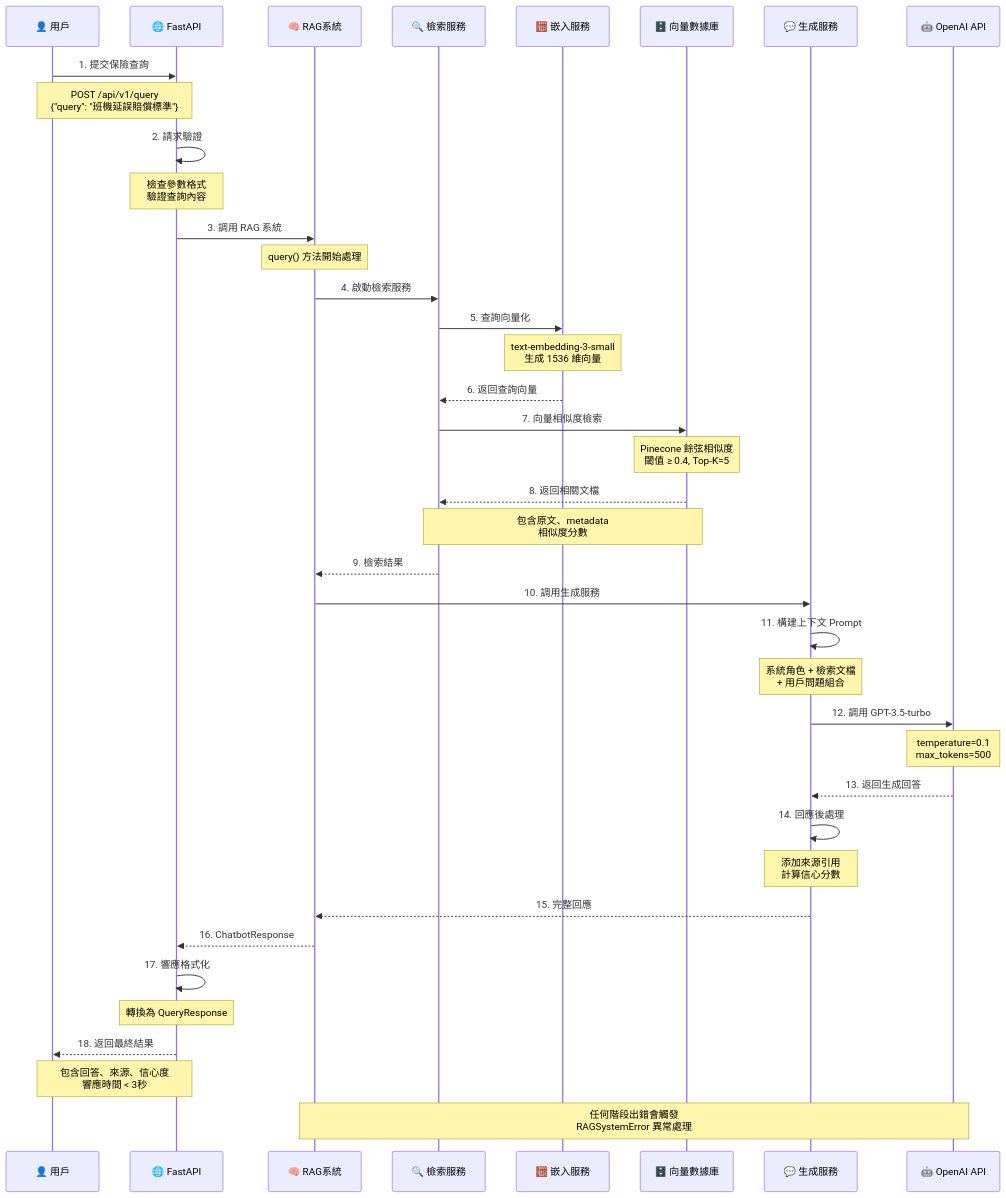
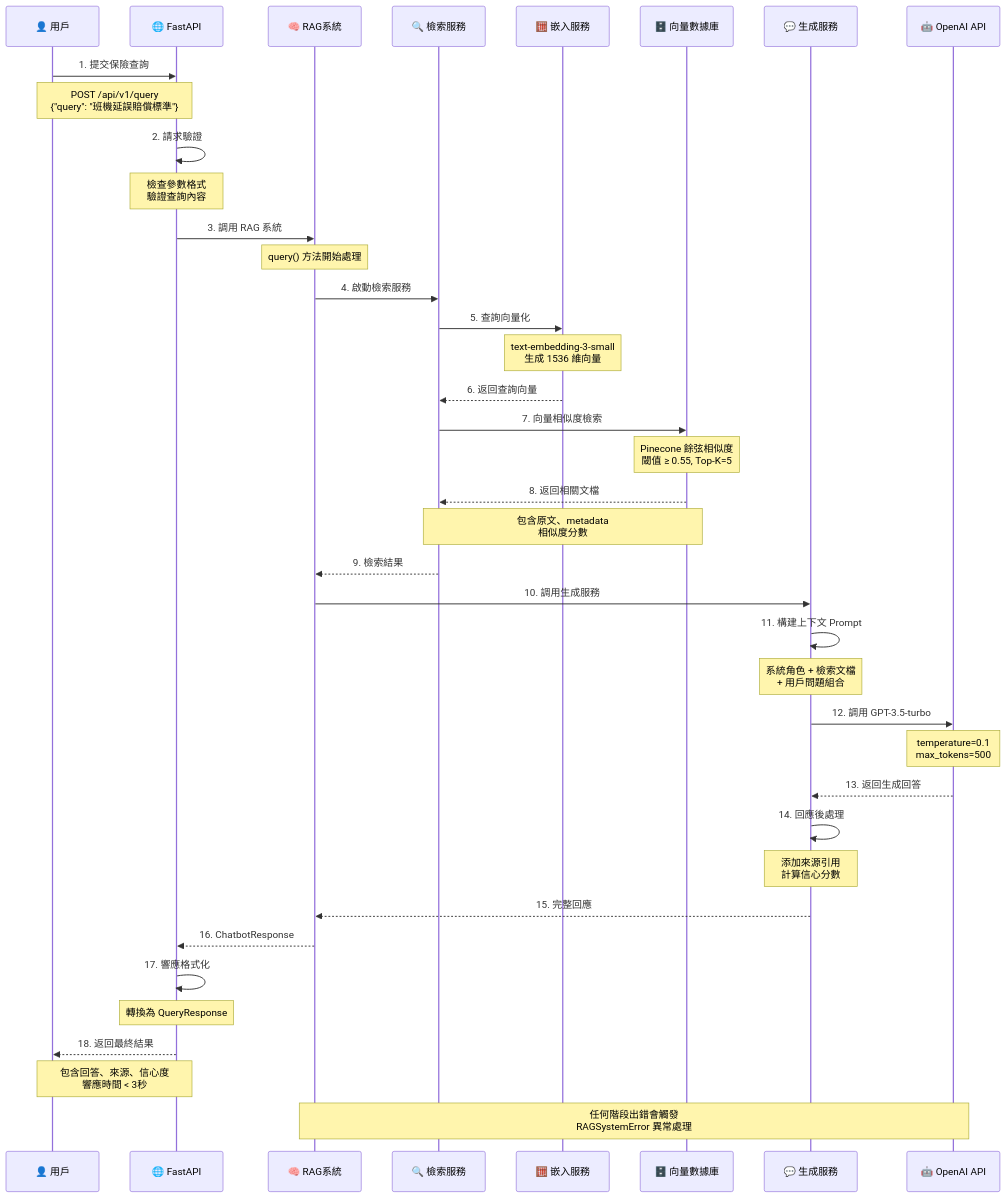
One commit to yenhunghuang/rag-insurance-chatbot changed the third of 3 diagrams in docs/國泰RAG系統架構分析報告.md. Above: the diagram before and after it, drawn with Mermaid. The commit also changed other lines of this file, not shown here.

````diff
--- a/docs/國泰RAG系統架構分析報告.md
+++ b/docs/國泰RAG系統架構分析報告.md
@@ -141,59 +141,59 @@
 ```mermaid
 sequenceDiagram
     participant U as 👤 用戶
     participant API as 🌐 FastAPI
     participant RAG as 🧠 RAG系統
     participant RET as 🔍 檢索服務
     participant EMB as 🧮 嵌入服務
     participant VEC as 🗄️ 向量數據庫
     participant GEN as 💬 生成服務
     participant LLM as 🤖 OpenAI API
 
     %% 查詢處理流程
     U->>API: 1. 提交保險查詢
     Note over U,API: POST /api/v1/query<br/>{"query": "班機延誤賠償標準"}
 
     API->>API: 2. 請求驗證
     Note over API: 檢查參數格式<br/>驗證查詢內容
 
     API->>RAG: 3. 調用 RAG 系統
     Note over RAG: query() 方法開始處理
 
     %% 文檔檢索階段
     RAG->>RET: 4. 啟動檢索服務
     RET->>EMB: 5. 查詢向量化
     Note over EMB: text-embedding-3-small<br/>生成 1536 維向量
 
     EMB-->>RET: 6. 返回查詢向量
     RET->>VEC: 7. 向量相似度檢索
-    Note over VEC: Pinecone 餘弦相似度<br/>閾值 ≥ 0.4, Top-K=5
+    Note over VEC: Pinecone 餘弦相似度<br/>閾值 ≥ 0.55, Top-K=5
 
     VEC-->>RET: 8. 返回相關文檔
     Note over RET,VEC: 包含原文、metadata<br/>相似度分數
 
     RET-->>RAG: 9. 檢索結果
 
     %% 回答生成階段
     RAG->>GEN: 10. 調用生成服務
     GEN->>GEN: 11. 構建上下文 Prompt
     Note over GEN: 系統角色 + 檢索文檔<br/>+ 用戶問題組合
 
     GEN->>LLM: 12. 調用 GPT-3.5-turbo
     Note over LLM: temperature=0.1<br/>max_tokens=500
 
     LLM-->>GEN: 13. 返回生成回答
     GEN->>GEN: 14. 回應後處理
     Note over GEN: 添加來源引用<br/>計算信心分數
 
     GEN-->>RAG: 15. 完整回應
     RAG-->>API: 16. ChatbotResponse
 
     API->>API: 17. 響應格式化
     Note over API: 轉換為 QueryResponse
 
     API-->>U: 18. 返回最終結果
     Note over U,API: 包含回答、來源、信心度<br/>響應時間 < 3秒
 
     %% 錯誤處理
     Note over RAG,LLM: 任何階段出錯會觸發<br/>RAGSystemError 異常處理
 ```
````
